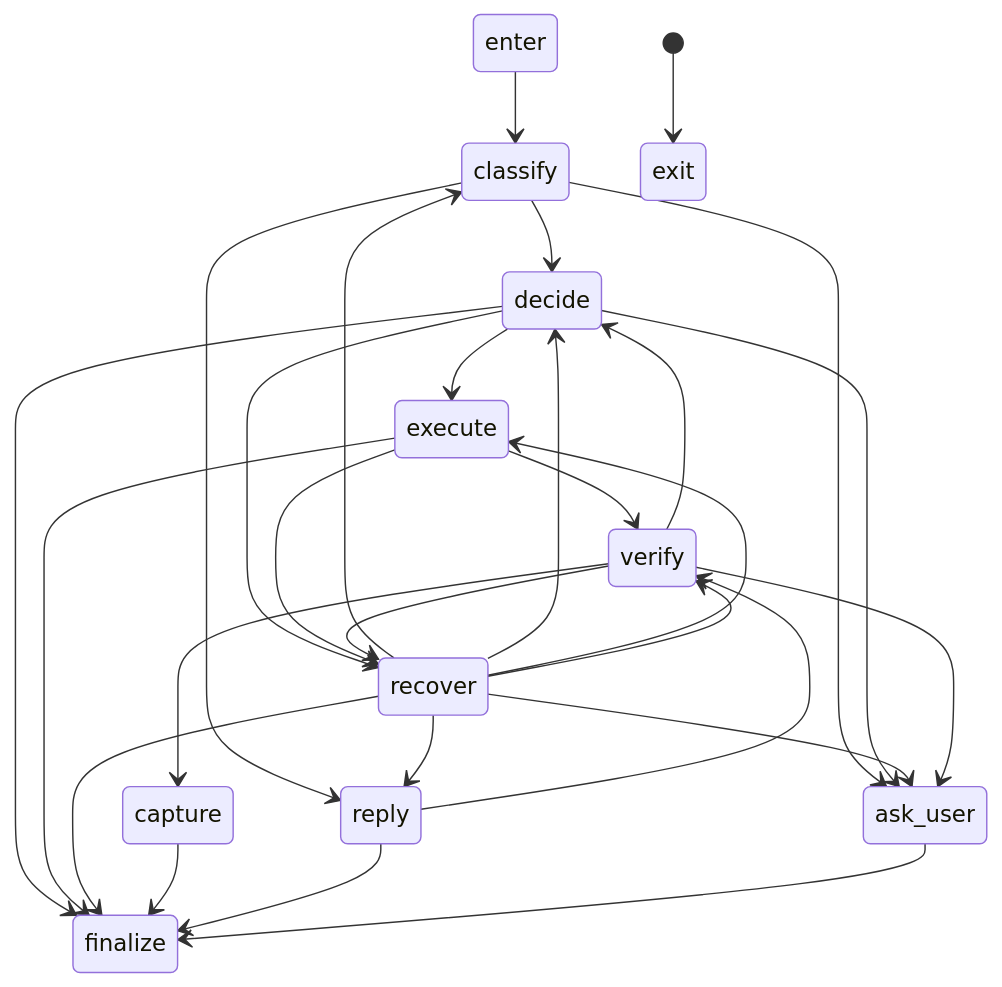
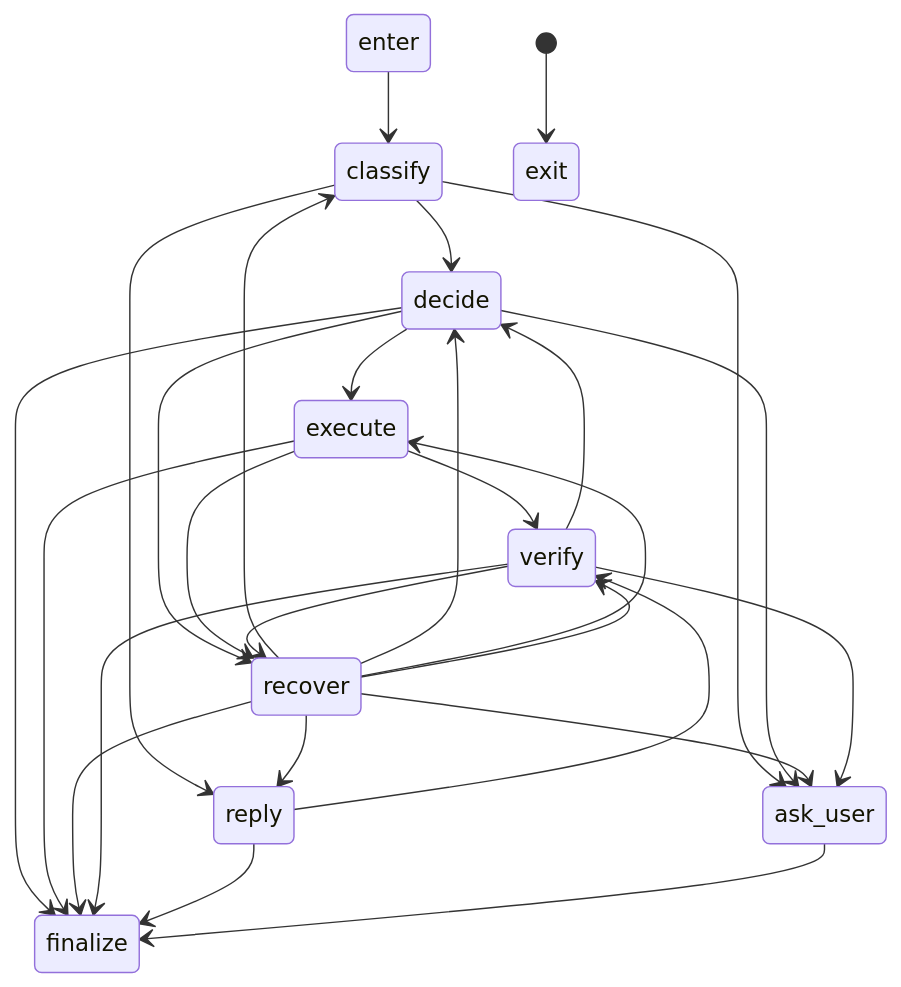
One commit to HiOSheep/littlesheep-agent changed the diagram in docs/reference/core-flow-state-contract.md. Above: the diagram before and after it, drawn with Mermaid. The commit also changed other lines of this file and 20 other files, not shown here.

````diff
--- a/docs/reference/core-flow-state-contract.md
+++ b/docs/reference/core-flow-state-contract.md
@@ -11,30 +11,29 @@
 ```mermaid
 stateDiagram-v2
   enter --> classify
   classify --> decide
   classify --> reply
   classify --> ask_user
   decide --> execute
   decide --> ask_user
   decide --> finalize
   decide --> recover
   execute --> verify
   execute --> recover
   execute --> finalize
   recover --> classify
   recover --> decide
   recover --> execute
   recover --> verify
   recover --> reply
   recover --> ask_user
   recover --> finalize
-  verify --> capture
+  verify --> finalize
   verify --> recover
   verify --> decide
   verify --> ask_user
-  capture --> finalize
   reply --> verify
   reply --> finalize
   ask_user --> finalize
   [*] --> exit
 ```
````
